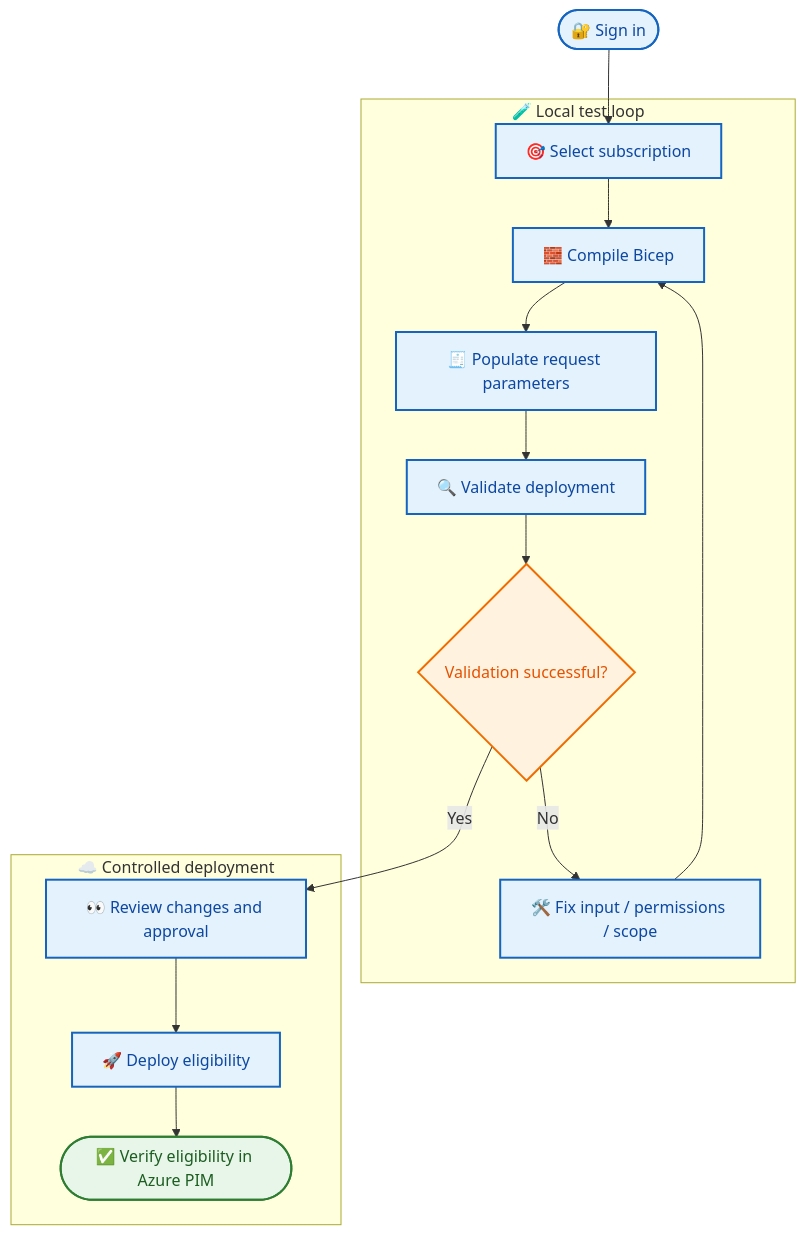
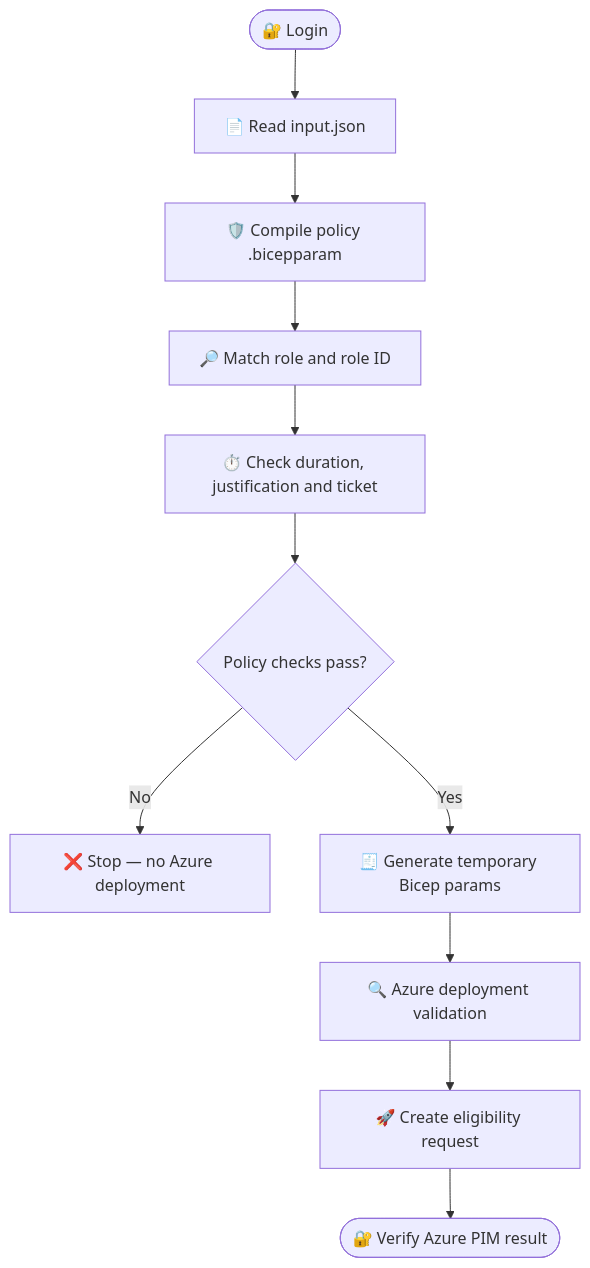
One commit to OLYMPUSPRIME/GPT-BIFROST changed the diagram in docs/CLI_LOCAL_TESTING.md. Above: the diagram before and after it, drawn with Mermaid. The commit also changed other lines of this file, not shown here.

Commit message:
Document policy-based PIM request validation

````diff
--- a/docs/CLI_LOCAL_TESTING.md
+++ b/docs/CLI_LOCAL_TESTING.md
@@ -74,34 +85,13 @@
 ```mermaid
 flowchart TD
-  A([🔐 Sign in]) --> B[🎯 Select subscription]
-  B --> C[🧱 Compile Bicep]
-  C --> D[🧾 Populate request parameters]
-  D --> E[🔍 Validate deployment]
-  E --> F{Validation successful?}
-  F -- No --> G[🛠️ Fix input / permissions / scope]
-  G --> C
-  F -- Yes --> H[👀 Review changes and approval]
-  H --> I[🚀 Deploy eligibility]
-  I --> J([✅ Verify eligibility in Azure PIM])
-
-  subgraph LocalTest["🧪 Local test loop"]
-    B
-    C
-    D
-    E
-    F
-    G
-  end
-  subgraph AzureAction["☁️ Controlled deployment"]
-    H
-    I
-    J
-  end
-
-  classDef step fill:#E3F2FD,stroke:#1565C0,color:#0D47A1,stroke-width:2px;
-  classDef decision fill:#FFF3E0,stroke:#EF6C00,color:#E65100,stroke-width:2px;
-  classDef done fill:#E8F5E9,stroke:#2E7D32,color:#1B5E20,stroke-width:2px;
-  class A,B,C,D,E,G,H,I step;
-  class F decision;
-  class J done;
+  A([🔐 Login]) --> B[📄 Read input.json]
+  B --> C[🛡️ Compile policy .bicepparam]
+  C --> D[🔎 Match role and role ID]
+  D --> E[⏱️ Check duration, justification and ticket]
+  E --> F{Policy checks pass?}
+  F -->|No| G[❌ Stop — no Azure deployment]
+  F -->|Yes| H[🧾 Generate temporary Bicep params]
+  H --> I[🔍 Azure deployment validation]
+  I --> J[🚀 Create eligibility request]
+  J --> K([🔐 Verify Azure PIM result])
 ```
````
